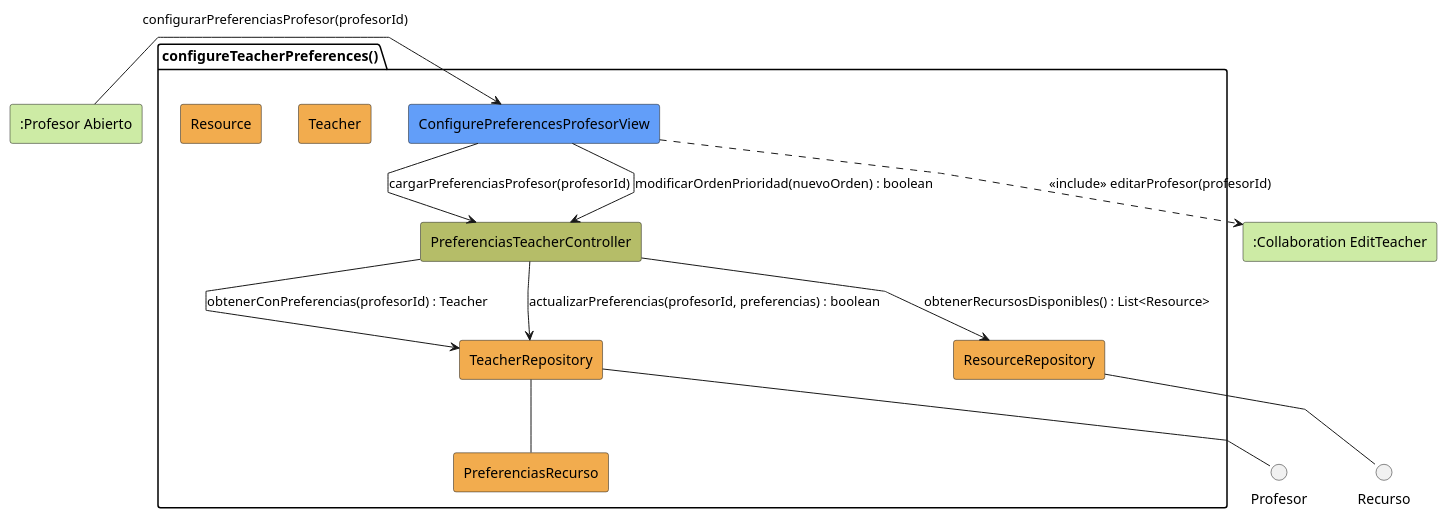
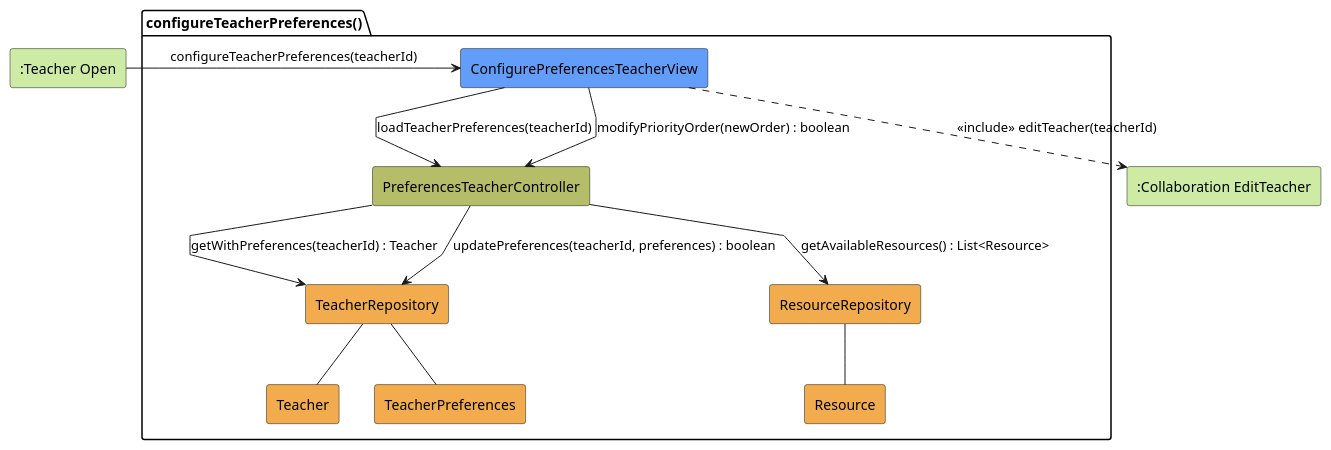
Before and after one commit to mmasias/pySigHor: the diagram in RUP/01-analisis/casos-uso/configurarPreferenciasProfesor/colaboracion.puml, drawn with PlantUML. The commit also changed 3 other files, not shown here.

Commit message:
Fix Spanish naming inconsistencies in collaboration diagrams following domain model conventions

```diff
--- a/RUP/01-analisis/casos-uso/configurarPreferenciasProfesor/colaboracion.puml
+++ b/RUP/01-analisis/casos-uso/configurarPreferenciasProfesor/colaboracion.puml
@@ -1,34 +1,34 @@
 @startuml configureTeacherPreferences-analysis
 skinparam linetype polyline
 
-rectangle #CDEBA5 ":Profesor Abierto" as ProfesorAbierto
+rectangle #CDEBA5 ":Teacher Open" as TeacherOpen
 rectangle #CDEBA5 ":Collaboration EditTeacher" as EditTeacher
 
 package configureTeacherPreferences as "configureTeacherPreferences()" {
-    rectangle #629EF9 ConfigurePreferencesProfesorView
-    rectangle #b5bd68 PreferenciasTeacherController
+    rectangle #629EF9 ConfigurePreferencesTeacherView
+    rectangle #b5bd68 PreferencesTeacherController
     rectangle #F2AC4E TeacherRepository
     rectangle #F2AC4E ResourceRepository
     rectangle #F2AC4E Teacher
-    rectangle #F2AC4E PreferenciasRecurso
+    rectangle #F2AC4E TeacherPreferences
     rectangle #F2AC4E Resource
 }
 
-ProfesorAbierto -r-> ConfigurePreferencesProfesorView: configurarPreferenciasProfesor(profesorId)
+TeacherOpen -r-> ConfigurePreferencesTeacherView: configureTeacherPreferences(teacherId)
 
-ConfigurePreferencesProfesorView -d-> PreferenciasTeacherController: cargarPreferenciasProfesor(profesorId)
+ConfigurePreferencesTeacherView -d-> PreferencesTeacherController: loadTeacherPreferences(teacherId)
 
-PreferenciasTeacherController --> TeacherRepository: obtenerConPreferencias(profesorId) : Teacher
-PreferenciasTeacherController --> ResourceRepository: obtenerRecursosDisponibles() : List<Resource>
+PreferencesTeacherController --> TeacherRepository: getWithPreferences(teacherId) : Teacher
+PreferencesTeacherController --> ResourceRepository: getAvailableResources() : List<Resource>
 
-ConfigurePreferencesProfesorView --> PreferenciasTeacherController: modificarOrdenPrioridad(nuevoOrden) : boolean
+ConfigurePreferencesTeacherView --> PreferencesTeacherController: modifyPriorityOrder(newOrder) : boolean
 
-PreferenciasTeacherController --> TeacherRepository: actualizarPreferencias(profesorId, preferencias) : boolean
+PreferencesTeacherController --> TeacherRepository: updatePreferences(teacherId, preferences) : boolean
 
-TeacherRepository -- Profesor
-TeacherRepository -- PreferenciasRecurso
-ResourceRepository -- Recurso
+TeacherRepository -- Teacher
+TeacherRepository -- TeacherPreferences
+ResourceRepository -- Resource
 
-ConfigurePreferencesProfesorView ..> EditTeacher: <<include>> editarProfesor(profesorId)
+ConfigurePreferencesTeacherView ..> EditTeacher: <<include>> editTeacher(teacherId)
 
 @enduml
```
